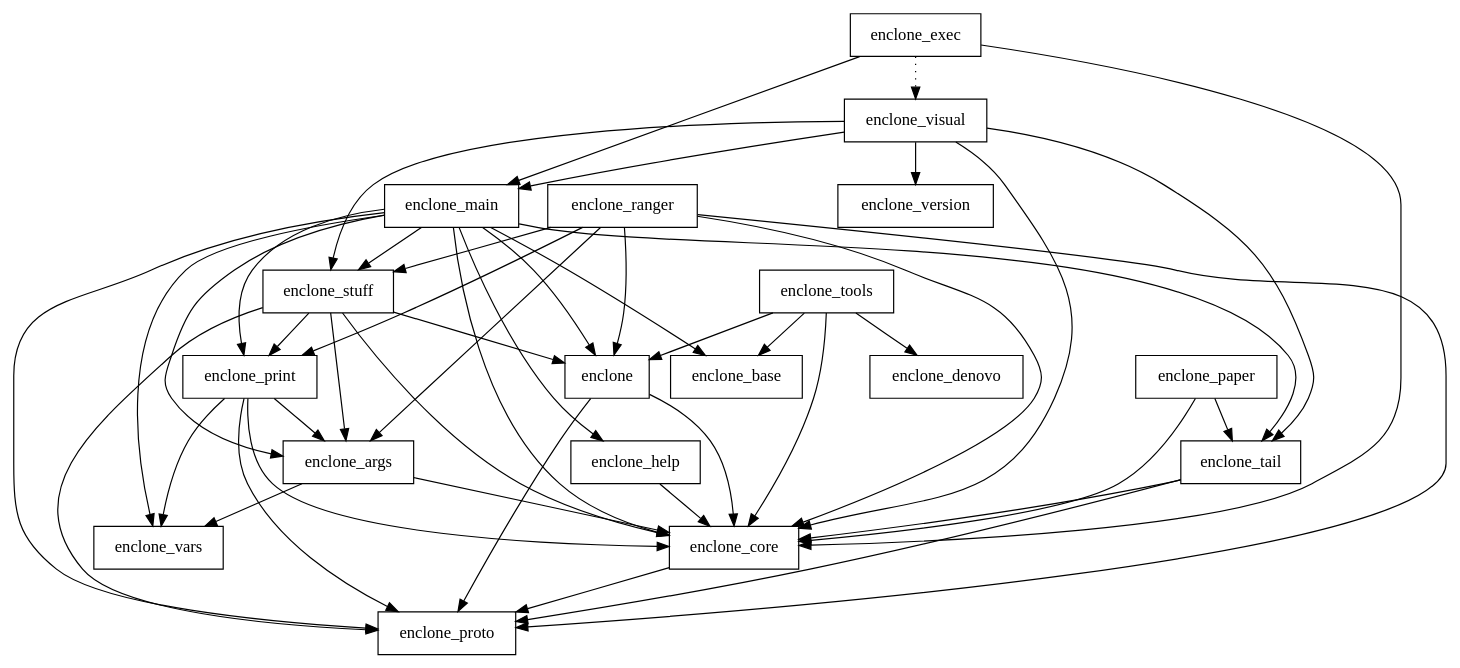
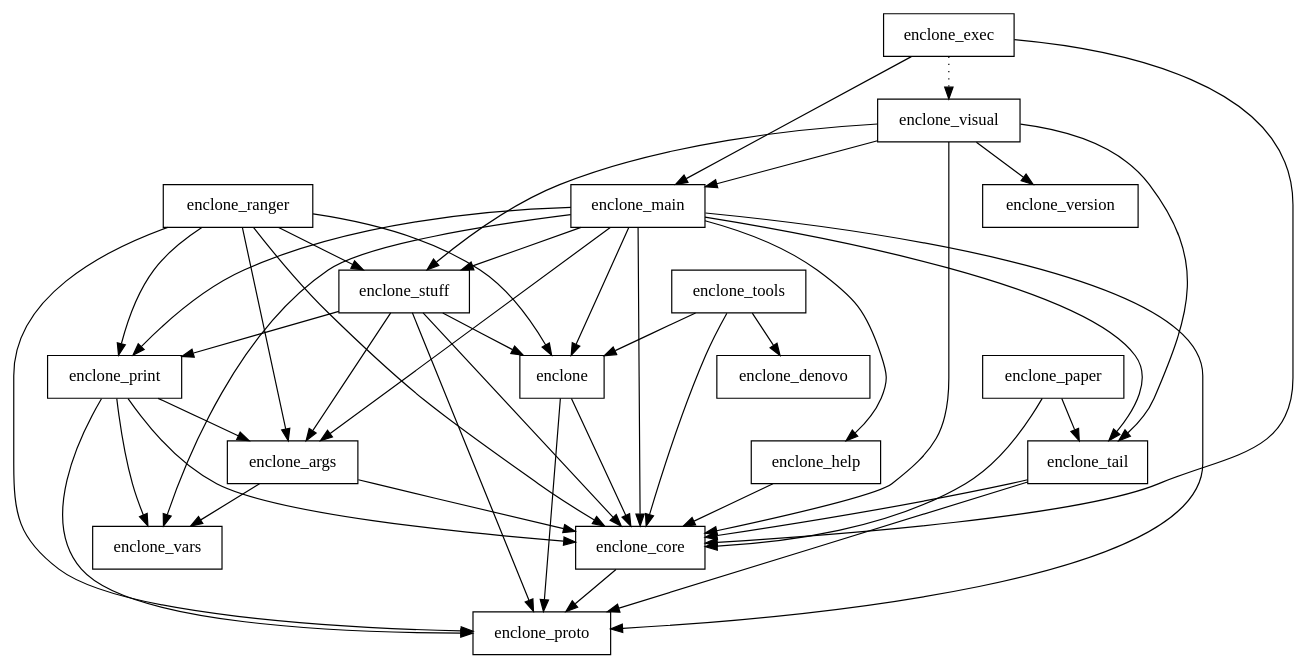
Before and after one commit to DavidBJaffe/enclone: the diagram in crates.dot, drawn with Graphviz. The commit also changed 13 other files, not shown here.

```diff
--- a/crates.dot
+++ b/crates.dot
@@ -1,67 +1,64 @@
 digraph {
     0 [ label = "enclone" shape = box]
     1 [ label = "enclone_core" shape = box]
     2 [ label = "enclone_proto" shape = box]
     3 [ label = "enclone_args" shape = box]
     4 [ label = "enclone_vars" shape = box]
-    5 [ label = "enclone_base" shape = box]
-    6 [ label = "enclone_denovo" shape = box]
-    7 [ label = "enclone_exec" shape = box]
-    8 [ label = "enclone_main" shape = box]
-    9 [ label = "enclone_help" shape = box]
-    10 [ label = "enclone_print" shape = box]
-    11 [ label = "enclone_stuff" shape = box]
-    12 [ label = "enclone_tail" shape = box]
-    13 [ label = "enclone_visual" shape = box]
-    14 [ label = "enclone_version" shape = box]
-    15 [ label = "enclone_ranger" shape = box]
-    16 [ label = "enclone_tools" shape = box]
-    17 [ label = "enclone_paper" shape = box]
+    5 [ label = "enclone_denovo" shape = box]
+    6 [ label = "enclone_exec" shape = box]
+    7 [ label = "enclone_main" shape = box]
+    8 [ label = "enclone_help" shape = box]
+    9 [ label = "enclone_print" shape = box]
+    10 [ label = "enclone_stuff" shape = box]
+    11 [ label = "enclone_tail" shape = box]
+    12 [ label = "enclone_visual" shape = box]
+    13 [ label = "enclone_version" shape = box]
+    14 [ label = "enclone_ranger" shape = box]
+    15 [ label = "enclone_tools" shape = box]
+    16 [ label = "enclone_paper" shape = box]
     0 -> 1 [ ]
     0 -> 2 [ ]
     1 -> 2 [ ]
     3 -> 1 [ ]
     3 -> 4 [ ]
+    6 -> 1 [ ]
+    6 -> 7 [ ]
+    6 -> 12 [ style = dotted]
+    7 -> 0 [ ]
+    7 -> 3 [ ]
     7 -> 1 [ ]
     7 -> 8 [ ]
-    7 -> 13 [ style = dotted]
-    8 -> 0 [ ]
-    8 -> 3 [ ]
-    8 -> 5 [ ]
+    7 -> 9 [ ]
+    7 -> 2 [ ]
+    7 -> 10 [ ]
+    7 -> 11 [ ]
+    7 -> 4 [ ]
     8 -> 1 [ ]
-    8 -> 9 [ ]
-    8 -> 10 [ ]
-    8 -> 2 [ ]
-    8 -> 11 [ ]
-    8 -> 12 [ ]
-    8 -> 4 [ ]
+    9 -> 3 [ ]
     9 -> 1 [ ]
+    9 -> 2 [ ]
+    9 -> 4 [ ]
+    10 -> 0 [ ]
     10 -> 3 [ ]
     10 -> 1 [ ]
+    10 -> 9 [ ]
     10 -> 2 [ ]
-    10 -> 4 [ ]
-    11 -> 0 [ ]
-    11 -> 3 [ ]
     11 -> 1 [ ]
-    11 -> 10 [ ]
     11 -> 2 [ ]
     12 -> 1 [ ]
-    12 -> 2 [ ]
-    13 -> 1 [ ]
-    13 -> 8 [ ]
-    13 -> 11 [ ]
-    13 -> 12 [ ]
-    13 -> 14 [ ]
+    12 -> 7 [ ]
+    12 -> 10 [ ]
+    12 -> 11 [ ]
+    12 -> 13 [ ]
+    14 -> 0 [ ]
+    14 -> 3 [ ]
+    14 -> 1 [ ]
+    14 -> 9 [ ]
+    14 -> 2 [ ]
+    14 -> 10 [ ]
     15 -> 0 [ ]
-    15 -> 3 [ ]
     15 -> 1 [ ]
-    15 -> 10 [ ]
-    15 -> 2 [ ]
-    15 -> 11 [ ]
-    16 -> 0 [ ]
-    16 -> 5 [ ]
+    15 -> 5 [ ]
     16 -> 1 [ ]
-    16 -> 6 [ ]
-    17 -> 1 [ ]
-    17 -> 12 [ ]
+    16 -> 11 [ ]
 }
```
